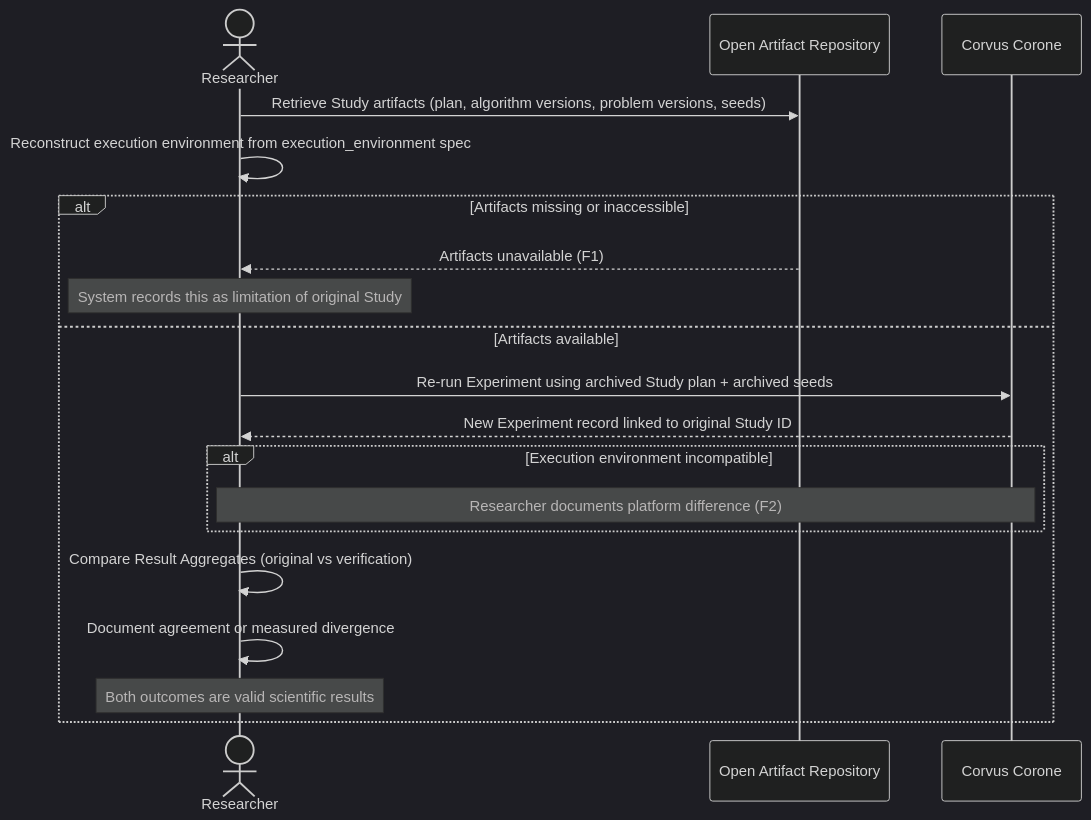
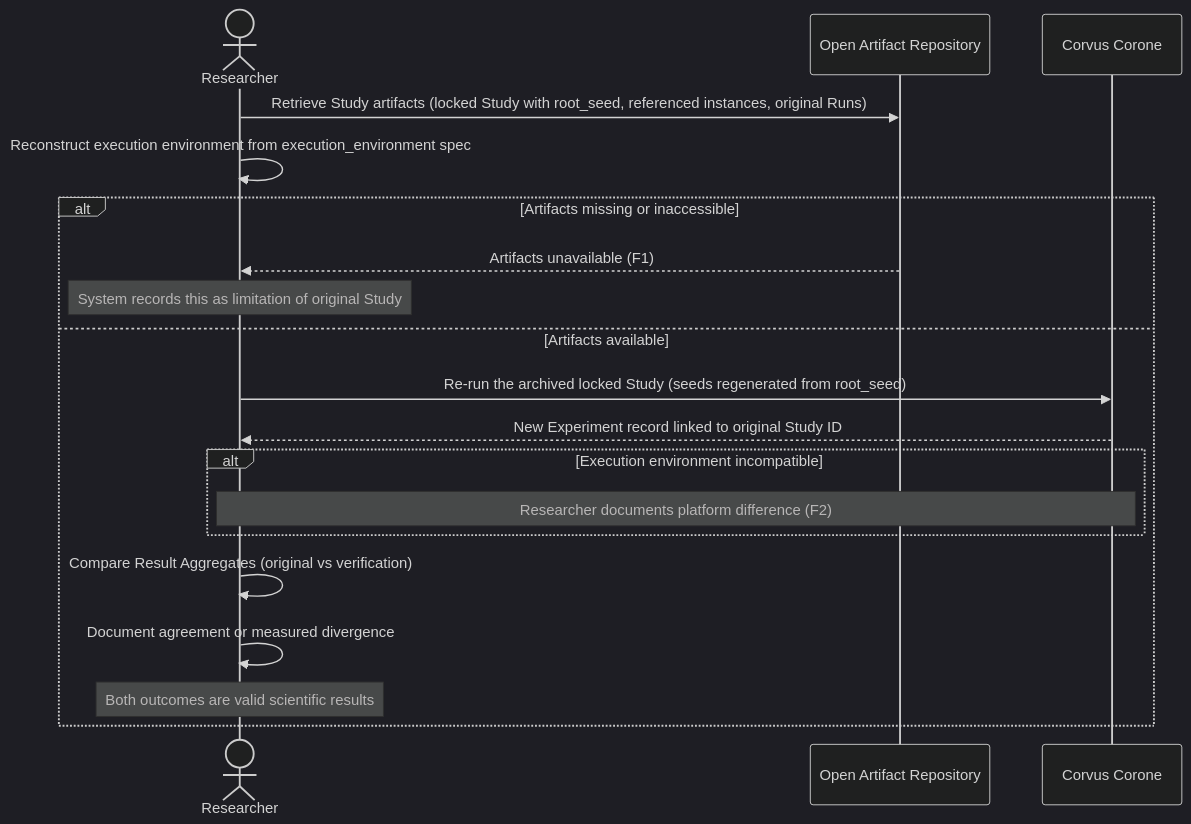
The diagram in docs/02-design/01-software-requirement-specification/02-use-cases/06-uc-05.md (jedrzejpolaczek/aviarium.corvidae.corvus_corone), drawn with Mermaid (dark theme) before and after one commit. The commit also changed other lines of this file and 23 other files, not shown here.

````diff
--- a/docs/02-design/01-software-requirement-specification/02-use-cases/06-uc-05.md
+++ b/docs/02-design/01-software-requirement-specification/02-use-cases/06-uc-05.md
@@ -11,25 +11,25 @@
 ```mermaid
 sequenceDiagram
     actor Researcher
     participant Archive as Open Artifact Repository
     participant System as Corvus Corone
 
-    Researcher->>Archive: Retrieve Study artifacts (plan, algorithm versions, problem versions, seeds)
+    Researcher->>Archive: Retrieve Study artifacts (locked Study with root_seed, referenced instances, original Runs)
     Researcher->>Researcher: Reconstruct execution environment from execution_environment spec
 
     alt Artifacts missing or inaccessible
         Archive-->>Researcher: Artifacts unavailable (F1)
         Note over Researcher: System records this as limitation of original Study
     else Artifacts available
-        Researcher->>System: Re-run Experiment using archived Study plan + archived seeds
+        Researcher->>System: Re-run the archived locked Study (seeds regenerated from root_seed)
         System-->>Researcher: New Experiment record linked to original Study ID
 
         alt Execution environment incompatible
             Note over Researcher,System: Researcher documents platform difference (F2)
         end
 
         Researcher->>Researcher: Compare Result Aggregates (original vs verification)
         Researcher->>Researcher: Document agreement or measured divergence
         Note over Researcher: Both outcomes are valid scientific results
     end
 ```
````
